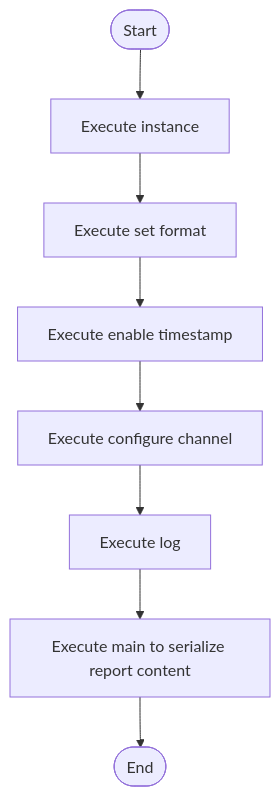
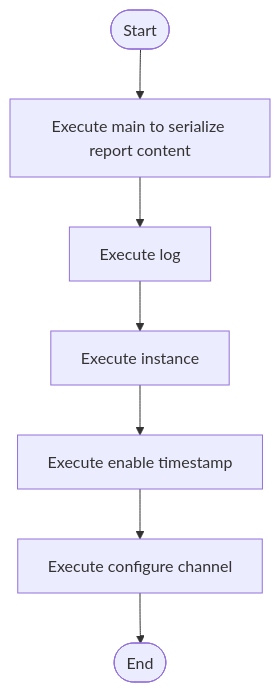
The diagram in docs/Codebase/Input/singleton_to_builder_source.cpp.md (JohnAndrewBalbarosa/NeoTerritory), drawn with Mermaid before and after one commit. The commit also changed 148 other files, not shown here.

````diff
--- a/docs/Codebase/Input/singleton_to_builder_source.cpp.md
+++ b/docs/Codebase/Input/singleton_to_builder_source.cpp.md
@@ -26,18 +26,16 @@
 ```mermaid
 flowchart TD
     Start([Start])
-    N0[Execute instance]
-    N1[Execute set format]
-    N2[Execute enable timestamp]
-    N3[Execute configure channel]
-    N4[Execute log]
-    N5[Execute main to serialize report content]
+    N0[Execute main to serialize report content]
+    N1[Execute log]
+    N2[Execute instance]
+    N3[Execute enable timestamp]
+    N4[Execute configure channel]
     End([End])
     Start --> N0
     N0 --> N1
     N1 --> N2
     N2 --> N3
     N3 --> N4
-    N4 --> N5
-    N5 --> End
+    N4 --> End
 ```
````
